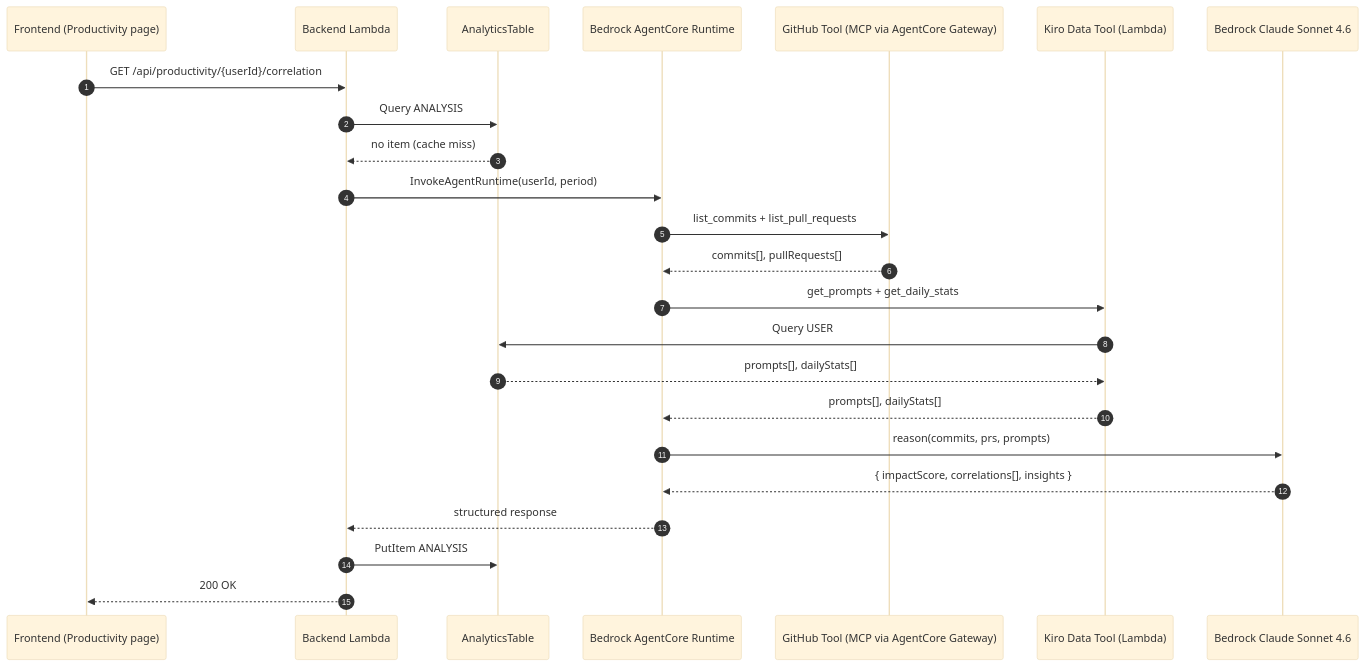
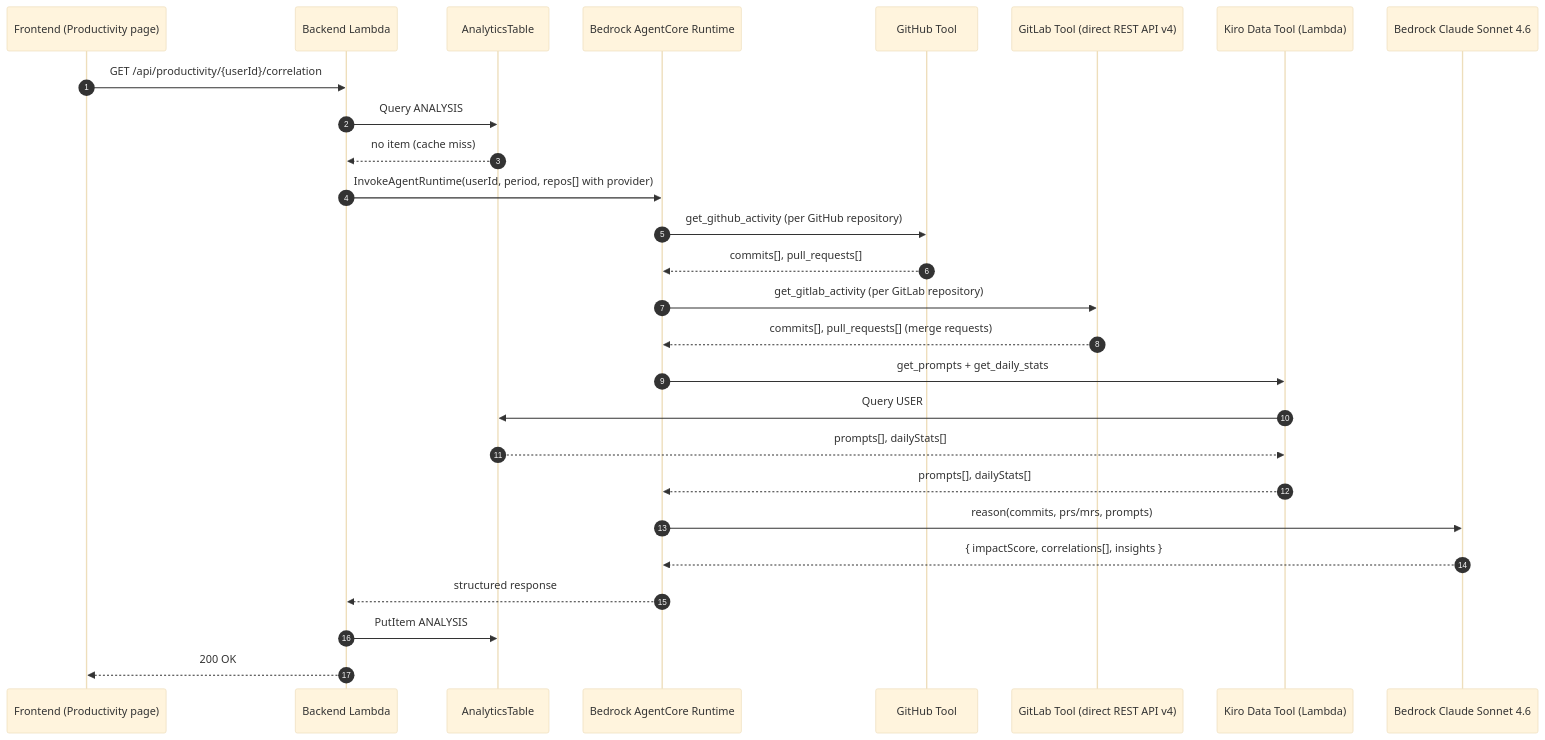
One commit to aws-samples/sample-kiro-cost-analyzer changed the second of 2 diagrams in docs/architecture.md. Above: the diagram before and after it, drawn with Mermaid (base theme). The commit also changed other lines of this file and 84 other files, not shown here.

First line of the commit message:
Add GitLab provider support and remediate Holmes CSR findings

````diff
--- a/docs/architecture.md
+++ b/docs/architecture.md
@@ -125,27 +132,30 @@
 ```mermaid
 sequenceDiagram
     autonumber
     participant FE as Frontend (Productivity page)
     participant API as Backend Lambda
     participant AT as AnalyticsTable
     participant AC as Bedrock AgentCore Runtime
-    participant GH as GitHub Tool (MCP via AgentCore Gateway)
+    participant GH as GitHub Tool
+    participant GL as GitLab Tool (direct REST API v4)
     participant KD as Kiro Data Tool (Lambda)
     participant Be as Bedrock Claude Sonnet 4.6
 
     FE->>API: GET /api/productivity/{userId}/correlation
     API->>AT: Query ANALYSIS#{date}#…
     AT-->>API: no item (cache miss)
-    API->>AC: InvokeAgentRuntime(userId, period)
-    AC->>GH: list_commits + list_pull_requests
-    GH-->>AC: commits[], pullRequests[]
+    API->>AC: InvokeAgentRuntime(userId, period, repos[] with provider)
+    AC->>GH: get_github_activity (per GitHub repository)
+    GH-->>AC: commits[], pull_requests[]
+    AC->>GL: get_gitlab_activity (per GitLab repository)
+    GL-->>AC: commits[], pull_requests[] (merge requests)
     AC->>KD: get_prompts + get_daily_stats
     KD->>AT: Query USER#{userId}
     AT-->>KD: prompts[], dailyStats[]
     KD-->>AC: prompts[], dailyStats[]
-    AC->>Be: reason(commits, prs, prompts)
+    AC->>Be: reason(commits, prs/mrs, prompts)
     Be-->>AC: { impactScore, correlations[], insights }
     AC-->>API: structured response
     API->>AT: PutItem ANALYSIS# (TTL +7d)
     API-->>FE: 200 OK
 ```
````
